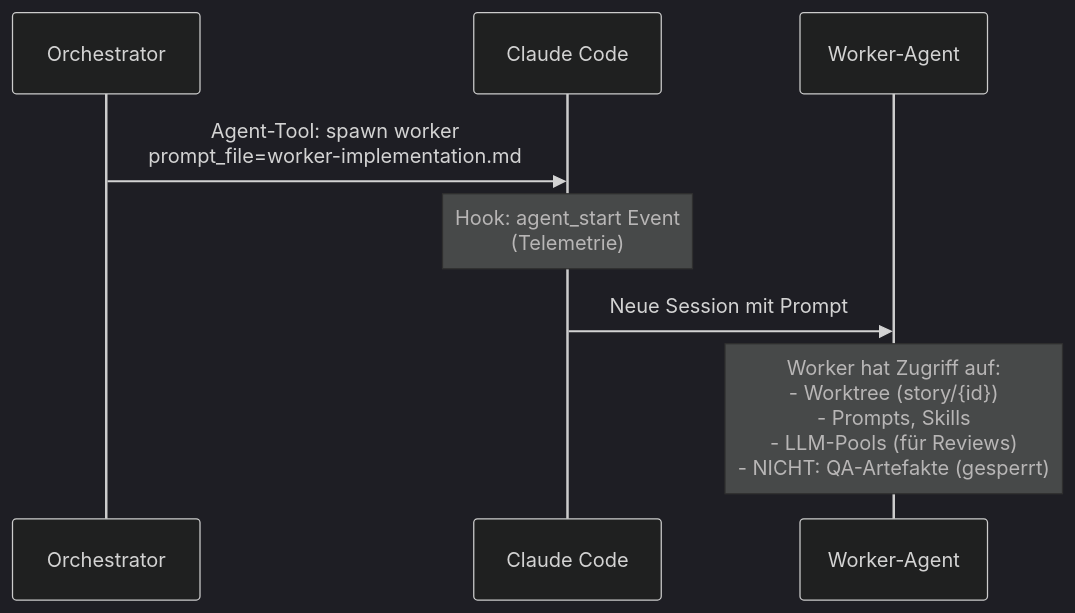
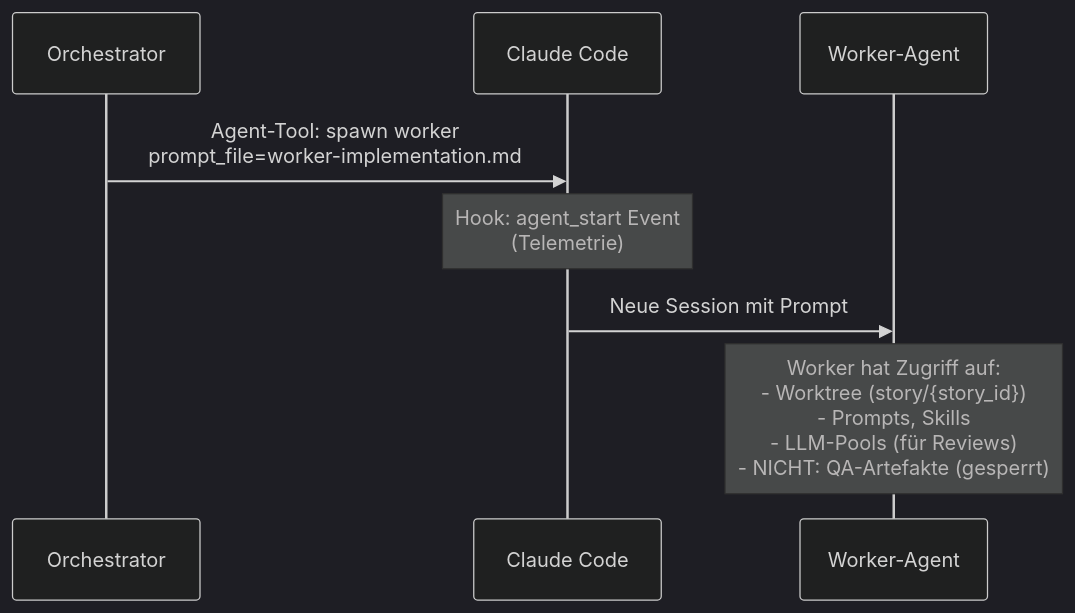
Before and after one commit to saltenhof/claude-agentkit3: the first of 6 diagrams in concept/technical-design/24_implementation_runtime_worker_loop.md, drawn with Mermaid (dark theme). The commit also changed other lines of this file and 29 other files, not shown here.

````diff
--- a/concept/technical-design/24_implementation_runtime_worker_loop.md
+++ b/concept/technical-design/24_implementation_runtime_worker_loop.md
@@ -49,11 +52,11 @@
 ```mermaid
 sequenceDiagram
     participant O as Orchestrator
     participant CC as Claude Code
     participant W as Worker-Agent
 
     O->>CC: Agent-Tool: spawn worker<br/>prompt_file=worker-implementation.md
     Note over CC: Hook: agent_start Event<br/>(Telemetrie)
     CC->>W: Neue Session mit Prompt
-    Note over W: Worker hat Zugriff auf:<br/>- Worktree (story/{id})<br/>- Prompts, Skills<br/>- LLM-Pools (für Reviews)<br/>- NICHT: QA-Artefakte (gesperrt)
+    Note over W: Worker hat Zugriff auf:<br/>- Worktree (story/{story_id})<br/>- Prompts, Skills<br/>- LLM-Pools (für Reviews)<br/>- NICHT: QA-Artefakte (gesperrt)
 ```
````
